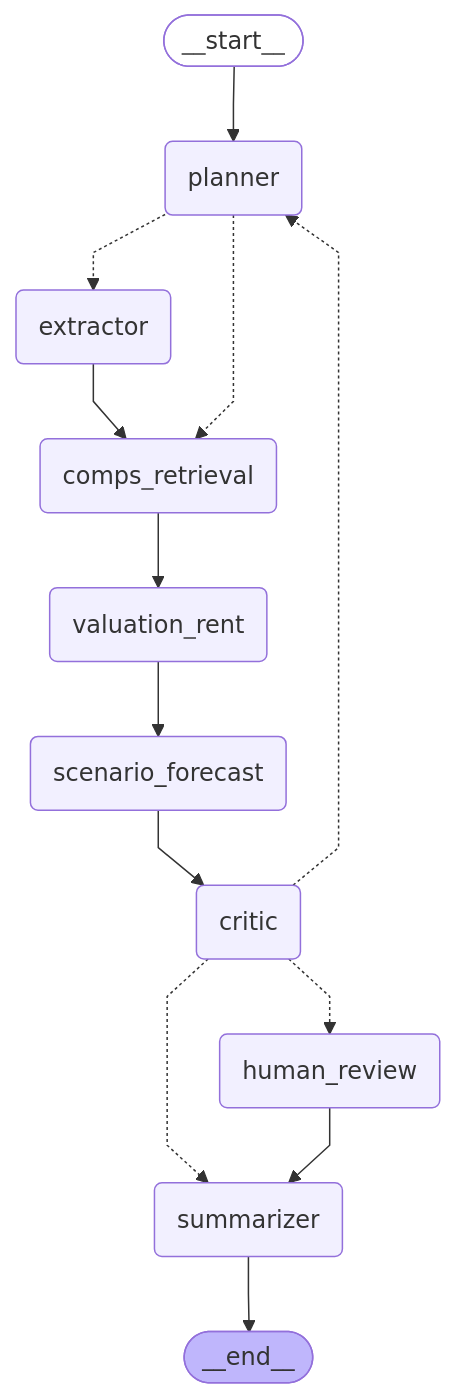
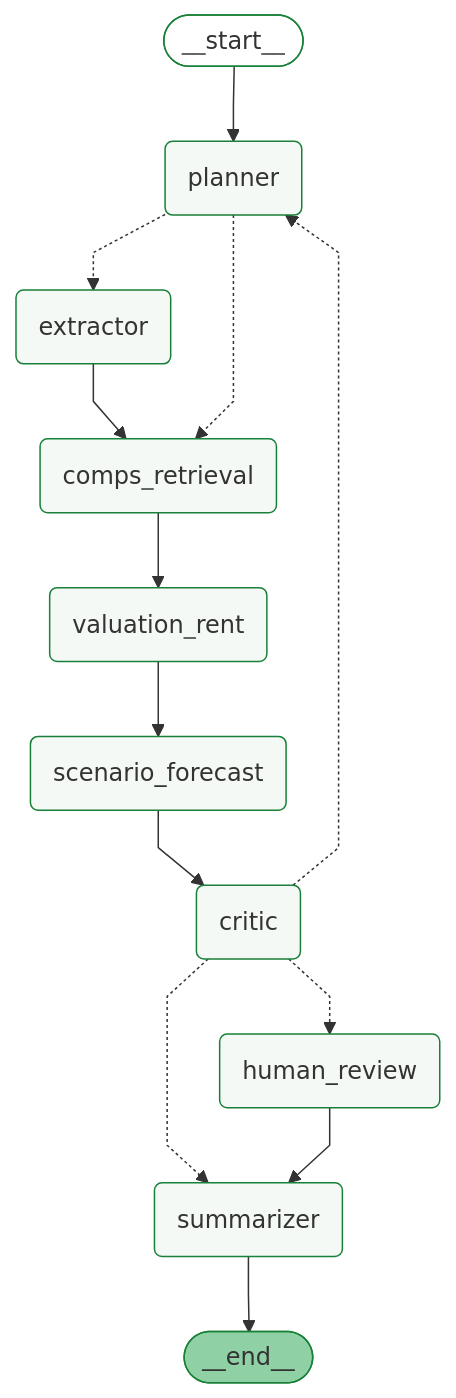
Before and after one commit to jelanigb/carnegie-mellon-agentic-ai: the diagram in docs/diagrams/deal_evaluator_graph.mmd, drawn with Mermaid. The commit also changed 5 other files, not shown here.

First line of the commit message:
Diagrams: recolor the generated graph PNGs to the green demo theme

```diff
--- a/docs/diagrams/deal_evaluator_graph.mmd
+++ b/docs/diagrams/deal_evaluator_graph.mmd
@@ -1,31 +1,31 @@
 ---
 config:
   flowchart:
     curve: linear
 ---
 graph TD;
 	__start__([<p>__start__</p>]):::first
 	planner(planner)
 	extractor(extractor)
 	comps_retrieval(comps_retrieval)
 	valuation_rent(valuation_rent)
 	scenario_forecast(scenario_forecast)
 	critic(critic)
 	human_review(human_review)
 	summarizer(summarizer)
 	__end__([<p>__end__</p>]):::last
 	__start__ --> planner;
 	comps_retrieval --> valuation_rent;
 	critic -.-> human_review;
 	critic -.-> planner;
 	critic -.-> summarizer;
 	extractor --> comps_retrieval;
 	human_review --> summarizer;
 	planner -.-> comps_retrieval;
 	planner -.-> extractor;
 	scenario_forecast --> critic;
 	valuation_rent --> scenario_forecast;
 	summarizer --> __end__;
-	classDef default fill:#f2f0ff,line-height:1.2
+	classDef default fill:#f4f9f5,stroke:#188038,line-height:1.2
 	classDef first fill-opacity:0
-	classDef last fill:#bfb6fc
+	classDef last fill:#8fd0a5,stroke:#188038
```
